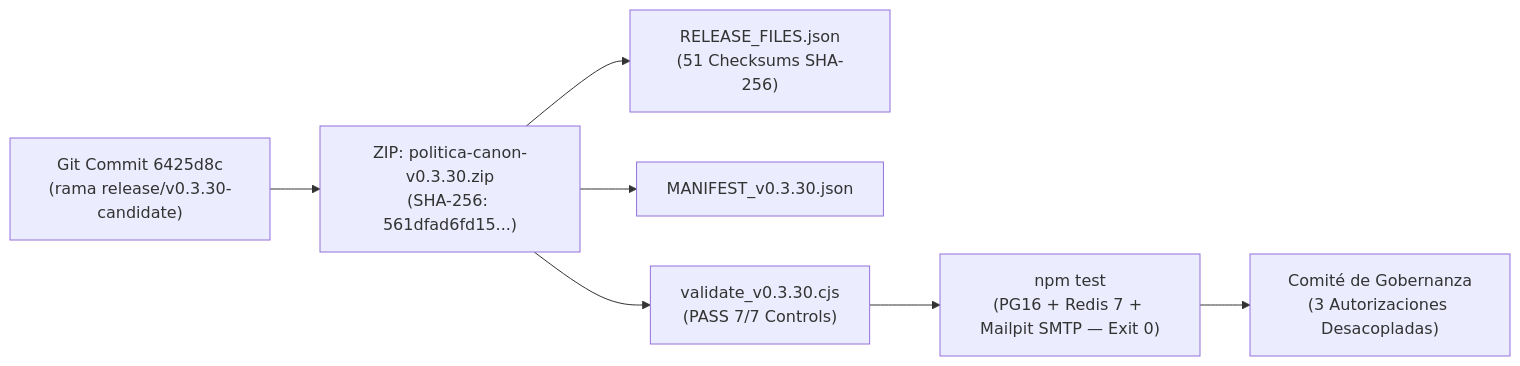
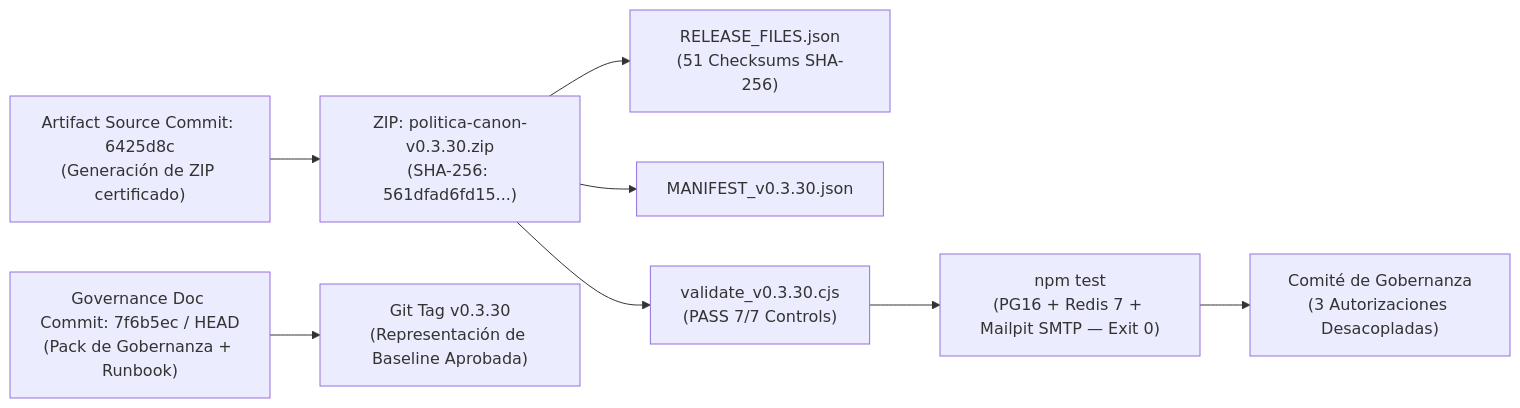
Before and after one commit to drleuman/Politico: the diagram in GOVERNANCE_APPROVAL_PACK_v0.3.30.md, drawn with Mermaid. The commit also changed other lines of this file and 1 other file, not shown here.

Commit message:
docs(governance): harden runbook build sequence, RPO/RTO definitions, GO/NO-GO matrix and SMTP smoke tests

````diff
--- a/GOVERNANCE_APPROVAL_PACK_v0.3.30.md
+++ b/GOVERNANCE_APPROVAL_PACK_v0.3.30.md
@@ -13,9 +24,10 @@
 ```mermaid
 flowchart LR
-    GitCommit["Git Commit 6425d8c\n(rama release/v0.3.30-candidate)"] --> ZIP["ZIP: politica-canon-v0.3.30.zip\n(SHA-256: 561dfad6fd15...)"]
+    SourceCommit["Artifact Source Commit: 6425d8c\n(Generación de ZIP certificado)"] --> ZIP["ZIP: politica-canon-v0.3.30.zip\n(SHA-256: 561dfad6fd15...)"]
+    DocCommit["Governance Doc Commit: 7f6b5ec / HEAD\n(Pack de Gobernanza + Runbook)"] --> Tag["Git Tag v0.3.30\n(Representación de Baseline Aprobada)"]
     ZIP --> InternalManifest["RELEASE_FILES.json\n(51 Checksums SHA-256)"]
     ZIP --> ExternalManifest["MANIFEST_v0.3.30.json"]
     ZIP --> Validator["validate_v0.3.30.cjs\n(PASS 7/7 Controls)"]
     Validator --> Gate["npm test\n(PG16 + Redis 7 + Mailpit SMTP — Exit 0)"]
     Gate --> Decision["Comité de Gobernanza\n(3 Autorizaciones Desacopladas)"]
 ```
````
